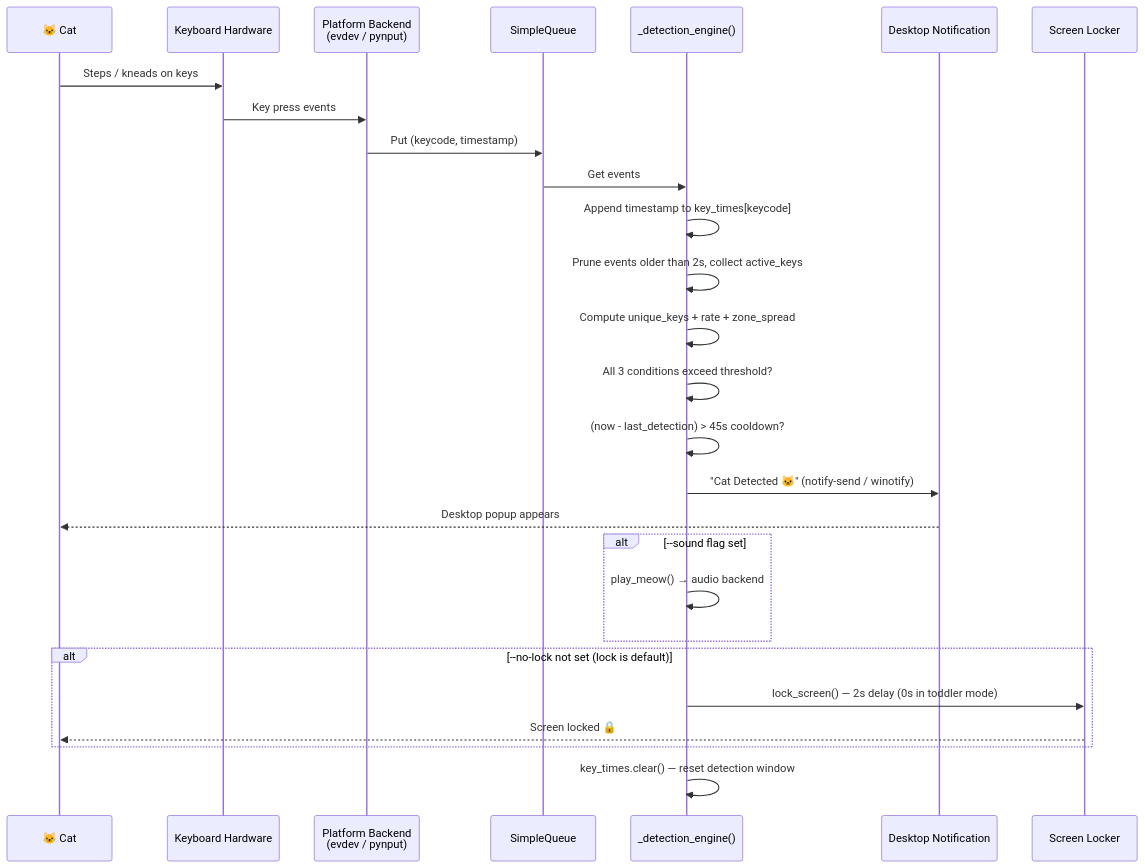
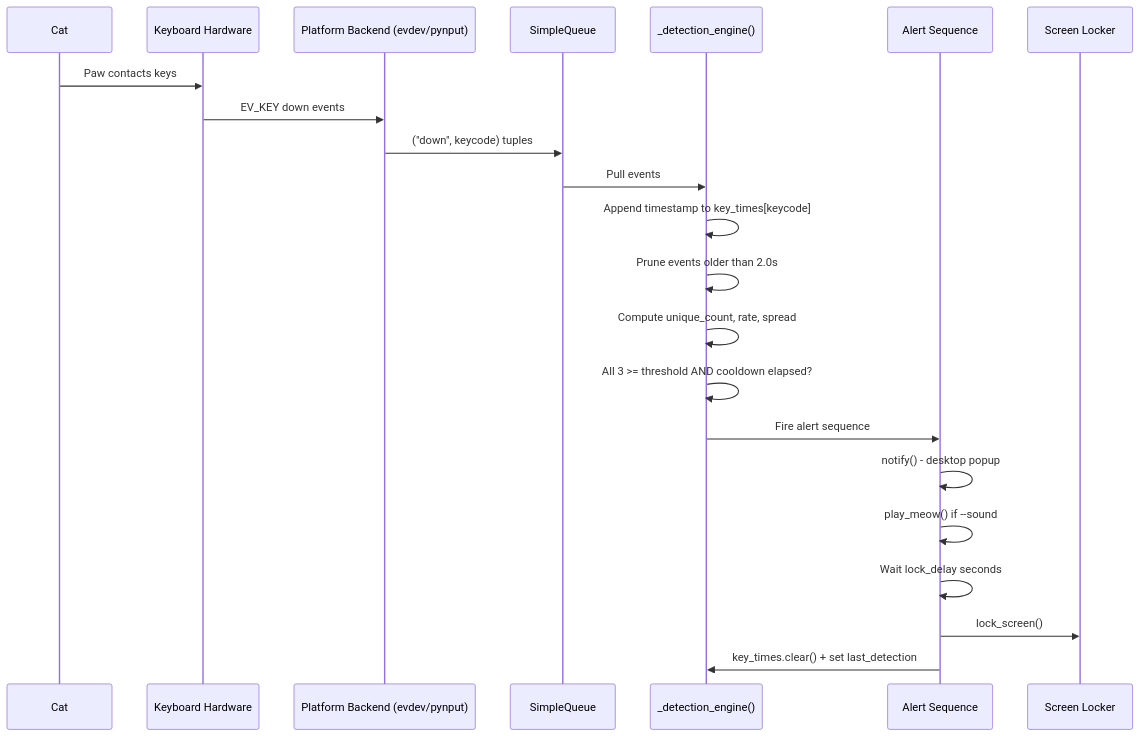
One commit to hkevin01/cat-detector changed the first of 5 diagrams in README.md. Above: the diagram before and after it, drawn with Mermaid. The commit also changed other lines of this file, not shown here.

Commit message:
docs(readme): comprehensive rewrite - 8 tables, 5 mermaid diagrams, research citations, detection deep dive, mode comparison

````diff
--- a/README.md
+++ b/README.md
@@ -151,30 +206,25 @@
 ```mermaid
 sequenceDiagram
-    participant Cat as 🐱 Cat
+    participant Cat as Cat
     participant KB as Keyboard Hardware
-    participant Backend as Platform Backend<br/>(evdev / pynput)
+    participant Backend as Platform Backend (evdev/pynput)
     participant Queue as SimpleQueue
-    participant Detector as _detection_engine()
-    participant Notify as Desktop Notification
+    participant Engine as _detection_engine()
+    participant Alert as Alert Sequence
     participant Lock as Screen Locker
 
-    Cat->>KB: Steps / kneads on keys
-    KB->>Backend: Key press events
-    Backend->>Queue: Put (keycode, timestamp)
-    Queue->>Detector: Get events
-    Detector->>Detector: Append timestamp to key_times[keycode]
-    Detector->>Detector: Prune events older than 2s, collect active_keys
-    Detector->>Detector: Compute unique_keys + rate + zone_spread
-    Detector->>Detector: All 3 conditions exceed threshold?
-    Detector->>Detector: (now - last_detection) > 45s cooldown?
-    Detector->>Notify: "Cat Detected 🐱" (notify-send / winotify)
-    Notify-->>Cat: Desktop popup appears
-    alt --sound flag set
-        Detector->>Detector: play_meow() → audio backend
-    end
-    alt --no-lock not set (lock is default)
-        Detector->>Lock: lock_screen() — 2s delay (0s in toddler mode)
-        Lock-->>Cat: Screen locked 🔒
-    end
-    Detector->>Detector: key_times.clear() — reset detection window
+    Cat->>KB: Paw contacts keys
+    KB->>Backend: EV_KEY down events
+    Backend->>Queue: ("down", keycode) tuples
+    Queue->>Engine: Pull events
+    Engine->>Engine: Append timestamp to key_times[keycode]
+    Engine->>Engine: Prune events older than 2.0s
+    Engine->>Engine: Compute unique_count, rate, spread
+    Engine->>Engine: All 3 >= threshold AND cooldown elapsed?
+    Engine->>Alert: Fire alert sequence
+    Alert->>Alert: notify() - desktop popup
+    Alert->>Alert: play_meow() if --sound
+    Alert->>Alert: Wait lock_delay seconds
+    Alert->>Lock: lock_screen()
+    Alert->>Engine: key_times.clear() + set last_detection
 ```
````
